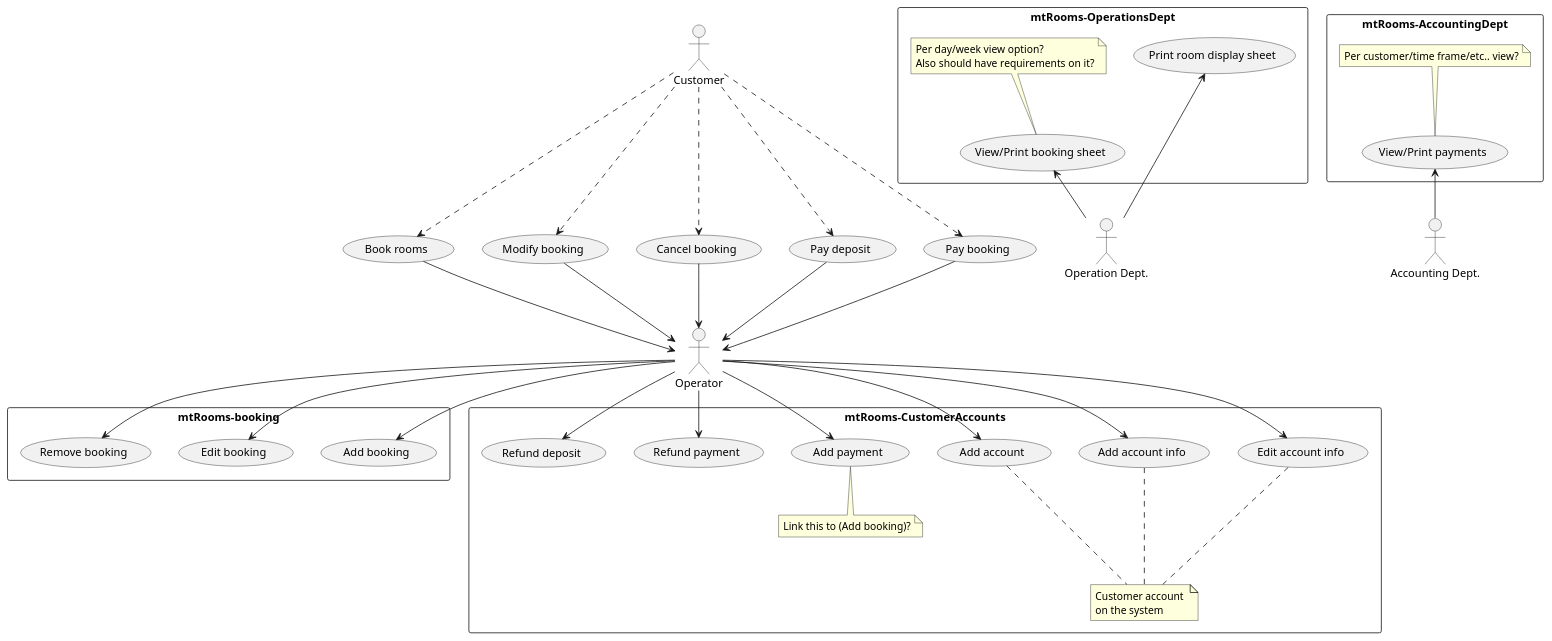
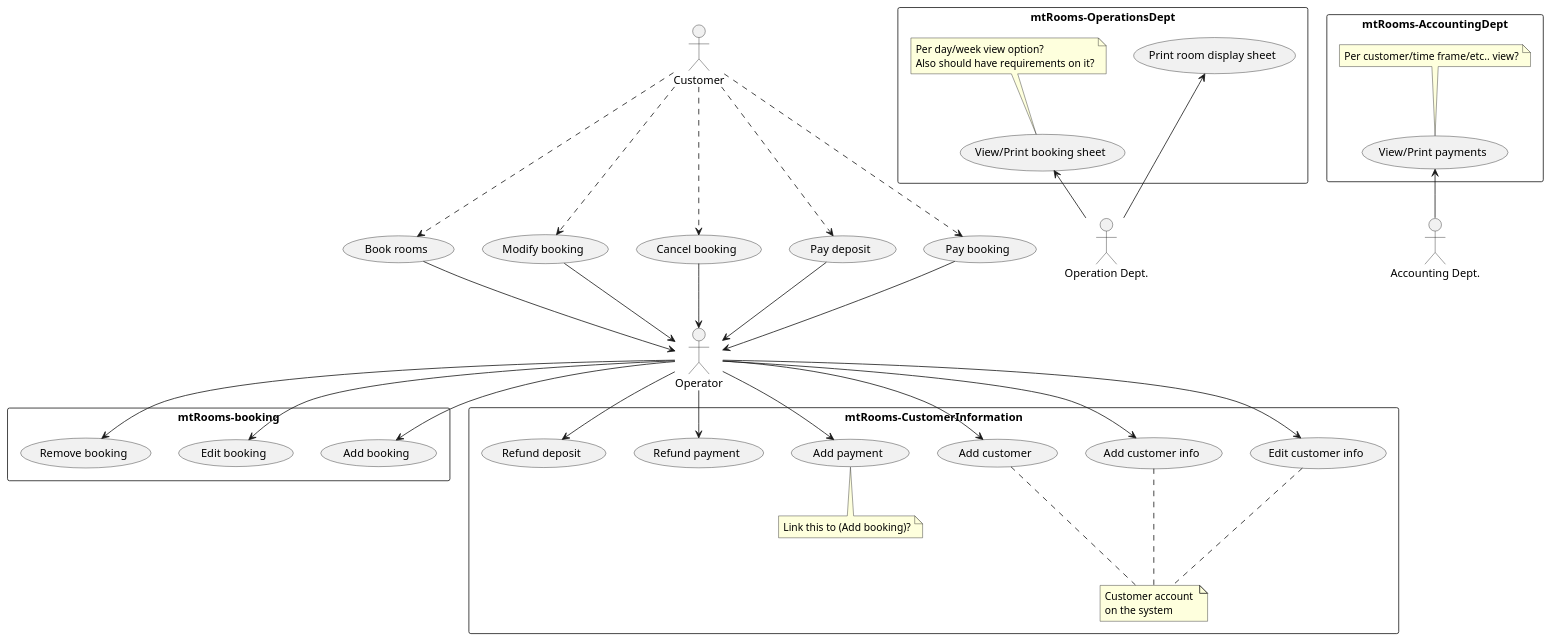
Before and after one commit to BBKbeam/mtRooms: the diagram in docs/uml/use_case.puml, drawn with PlantUML.

Commit message:
[UML] Changed definition of cust. account to cust. info.

```diff
--- a/docs/uml/use_case.puml
+++ b/docs/uml/use_case.puml
@@ -1,49 +1,49 @@
 @startuml
 
 Customer -down..> (Book rooms)
 Customer -down..> (Modify booking)
 Customer -down..> (Cancel booking)
 Customer -down..> (Pay deposit)
 Customer -down..> (Pay booking)
 
 (Book rooms) -down-> Operator
 (Modify booking) -down-> Operator
 (Cancel booking) -down-> Operator
 (Pay deposit) -down-> Operator
 (Pay booking) -down-> Operator
 
 rectangle mtRooms-booking {
     Operator -down-> (Add booking)
     Operator -down-> (Edit booking)
     Operator -down-> (Remove booking)
 }
 
-rectangle mtRooms-CustomerAccounts {
-    Operator -down-> (Add account)
+rectangle mtRooms-CustomerInformation {
+    Operator -down-> (Add customer)
     note "Customer account \non the system" as note1
-    note1 -up.. (Add account)
-    note1 -up.. (Add account info)
-    note1 -up.. (Edit account info)
-    Operator -down-> (Add account info)
-    Operator -down-> (Edit account info)
+    note1 -up.. (Add customer)
+    note1 -up.. (Add customer info)
+    note1 -up.. (Edit customer info)
+    Operator -down-> (Add customer info)
+    Operator -down-> (Edit customer info)
     Operator -down-> (Add payment)
     note bottom of (Add payment) : Link this to (Add booking)?
     Operator -down-> (Refund payment)
     Operator -down-> (Refund deposit)
 }
 
 :Operation Dept.: as Ops
 :Accounting Dept.: as Accounting
 
 rectangle mtRooms-OperationsDept {
     Ops -up-> (View/Print booking sheet)
     Ops -up-> (Print room display sheet)
     note top of (View/Print booking sheet) : Per day/week view option?\nAlso should have requirements on it?
 }
 
 rectangle mtRooms-AccountingDept {
     Accounting -up-> (View/Print payments)
     note top of (View/Print payments) : Per customer/time frame/etc.. view?
 }
 
 @enduml
```
